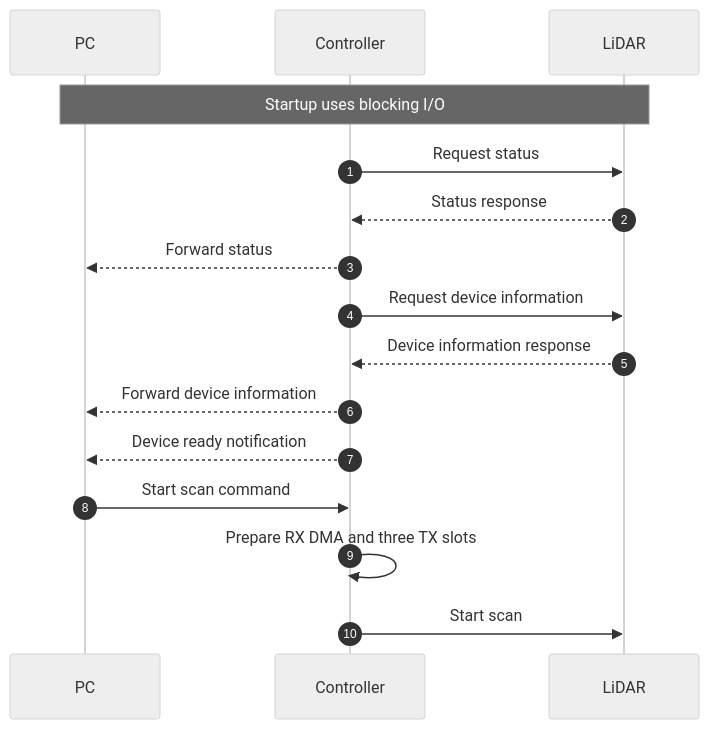
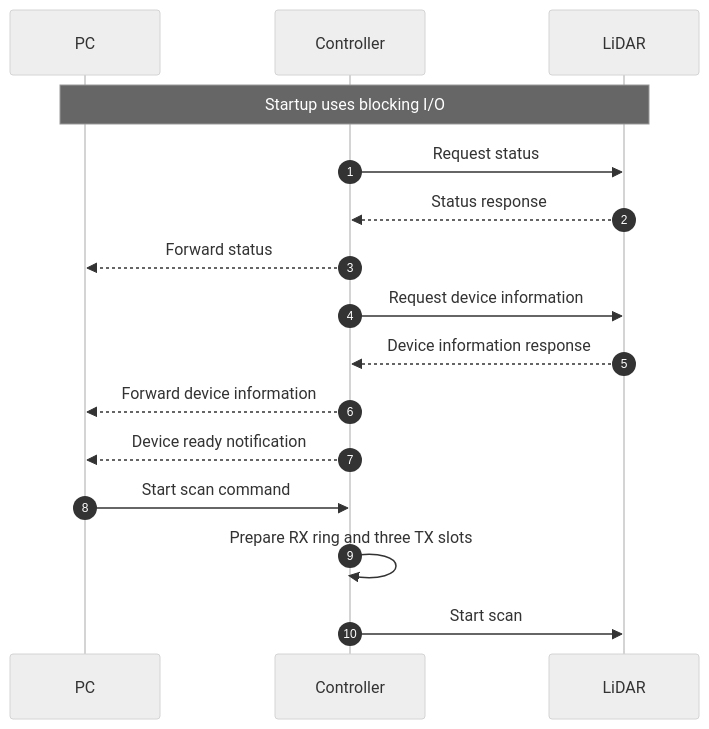
The first of 5 diagrams in docs/protocol.md (kei185/sensor-echo), drawn with Mermaid (neutral theme) before and after one commit. The commit also changed other lines of this file and 1 other file, not shown here.

````diff
--- a/docs/protocol.md
+++ b/docs/protocol.md
@@ -9,19 +8,19 @@
 ```mermaid
 sequenceDiagram
     autonumber
     participant PC
     participant Controller
     participant LiDAR
 
     Note over PC,LiDAR: Startup uses blocking I/O
     Controller->>LiDAR: Request status
     LiDAR-->>Controller: Status response
     Controller-->>PC: Forward status
     Controller->>LiDAR: Request device information
     LiDAR-->>Controller: Device information response
     Controller-->>PC: Forward device information
     Controller-->>PC: Device ready notification
     PC->>Controller: Start scan command
-    Controller->>Controller: Prepare RX DMA and three TX slots
+    Controller->>Controller: Prepare RX ring and three TX slots
     Controller->>LiDAR: Start scan
 ```
````
